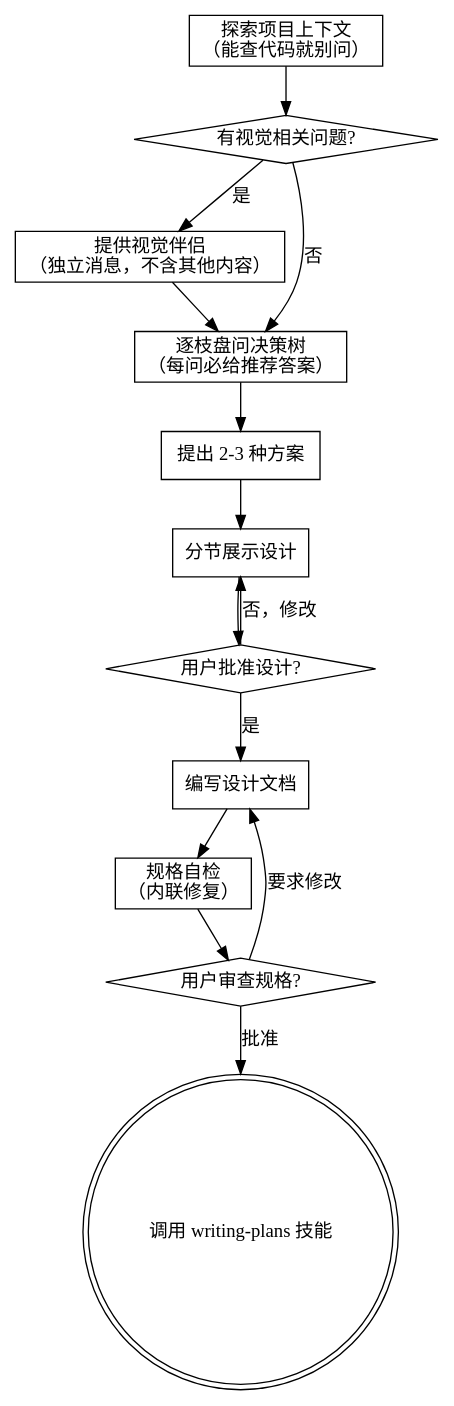
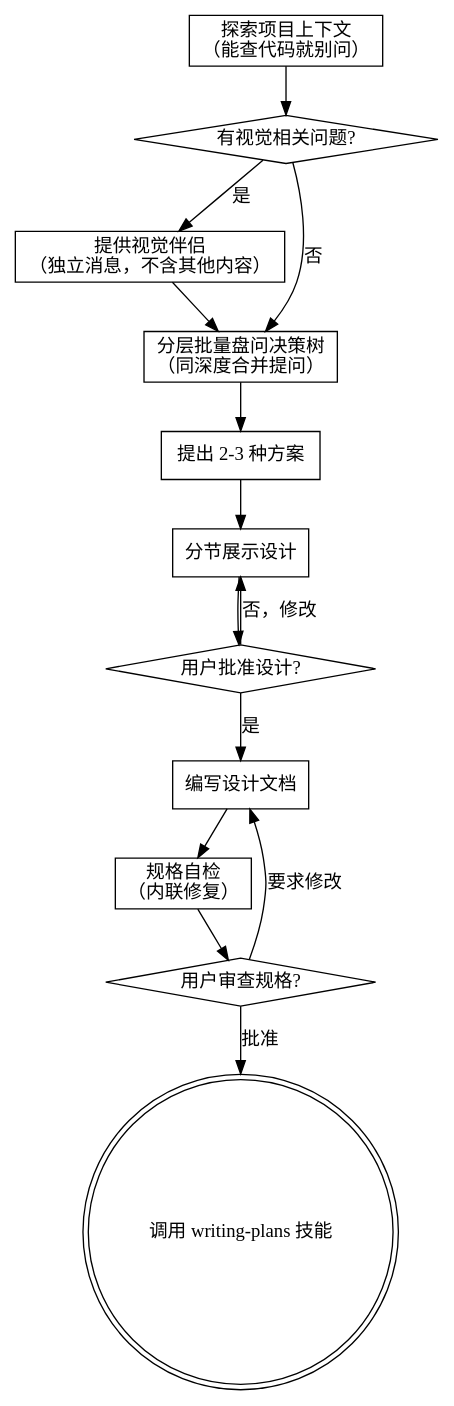
Before and after one commit to ShirlyTaylor73/superpowers-zh: the diagram in plugins/superpowers-zh/skills/brainstorming/SKILL.md, drawn with Graphviz. The commit also changed other lines of this file, not shown here.

````diff
--- a/plugins/superpowers-zh/skills/brainstorming/SKILL.md
+++ b/plugins/superpowers-zh/skills/brainstorming/SKILL.md
@@ -45,29 +47,29 @@
 ```dot
 digraph brainstorming {
     "探索项目上下文\n（能查代码就别问）" [shape=box];
     "有视觉相关问题?" [shape=diamond];
     "提供视觉伴侣\n（独立消息，不含其他内容）" [shape=box];
-    "逐枝盘问决策树\n（每问必给推荐答案）" [shape=box];
+    "分层批量盘问决策树\n（同深度合并提问）" [shape=box];
     "提出 2-3 种方案" [shape=box];
     "分节展示设计" [shape=box];
     "用户批准设计?" [shape=diamond];
     "编写设计文档" [shape=box];
     "规格自检\n（内联修复）" [shape=box];
     "用户审查规格?" [shape=diamond];
     "调用 writing-plans 技能" [shape=doublecircle];
 
     "探索项目上下文\n（能查代码就别问）" -> "有视觉相关问题?";
     "有视觉相关问题?" -> "提供视觉伴侣\n（独立消息，不含其他内容）" [label="是"];
-    "有视觉相关问题?" -> "逐枝盘问决策树\n（每问必给推荐答案）" [label="否"];
-    "提供视觉伴侣\n（独立消息，不含其他内容）" -> "逐枝盘问决策树\n（每问必给推荐答案）";
-    "逐枝盘问决策树\n（每问必给推荐答案）" -> "提出 2-3 种方案";
+    "有视觉相关问题?" -> "分层批量盘问决策树\n（同深度合并提问）" [label="否"];
+    "提供视觉伴侣\n（独立消息，不含其他内容）" -> "分层批量盘问决策树\n（同深度合并提问）";
+    "分层批量盘问决策树\n（同深度合并提问）" -> "提出 2-3 种方案";
     "提出 2-3 种方案" -> "分节展示设计";
     "分节展示设计" -> "用户批准设计?";
     "用户批准设计?" -> "分节展示设计" [label="否，修改"];
     "用户批准设计?" -> "编写设计文档" [label="是"];
     "编写设计文档" -> "规格自检\n（内联修复）";
     "规格自检\n（内联修复）" -> "用户审查规格?";
     "用户审查规格?" -> "编写设计文档" [label="要求修改"];
     "用户审查规格?" -> "调用 writing-plans 技能" [label="批准"];
 }
 ```
````
